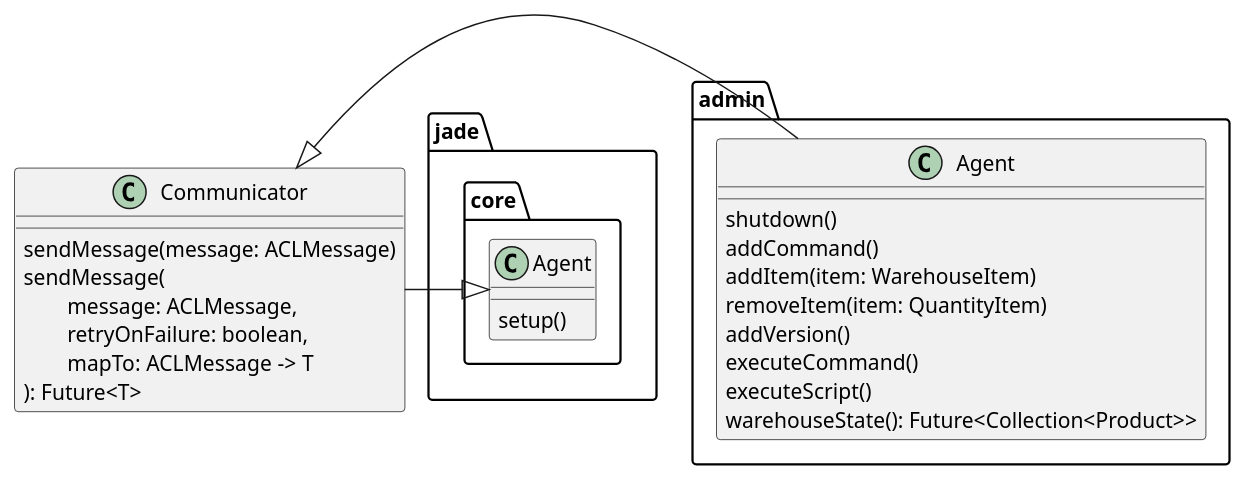
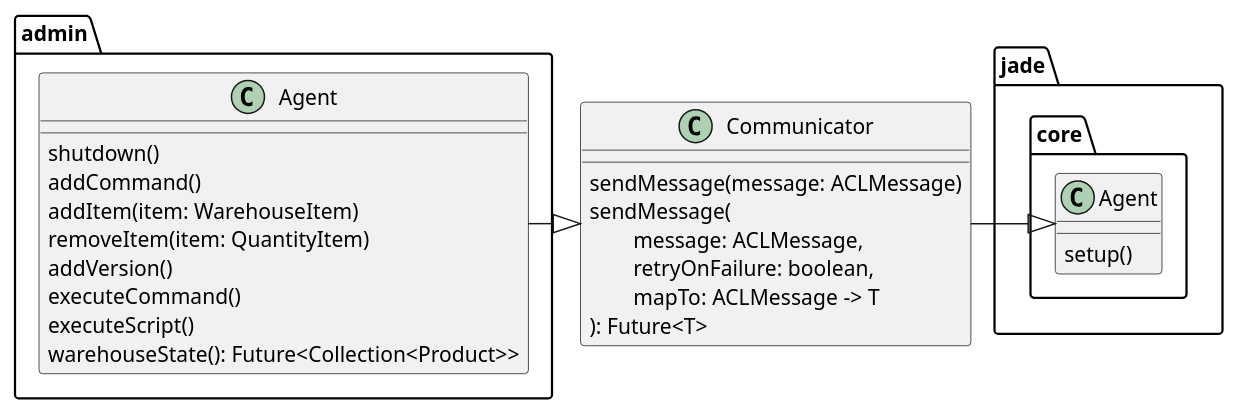
Before and after one commit to Mandrab/AMW: the diagram in res/report/section/design/figure/admin_agent/class_diagram.plantuml, drawn with PlantUML. The commit also changed 1 other file, not shown here.

Commit message:
style changes in diagrams

```diff
--- a/res/report/section/design/figure/admin_agent/class_diagram.plantuml
+++ b/res/report/section/design/figure/admin_agent/class_diagram.plantuml
@@ -1,26 +1,26 @@
 @startuml class_diagram
 class Communicator {
     {method} sendMessage(message: ACLMessage)
     {method} sendMessage(\n\
         message: ACLMessage,\n\
         retryOnFailure: boolean,\n\
         mapTo: ACLMessage -> T
     ): Future<T>
 }
 class jade.core.Agent {
     {method} setup()
 }
 class admin.Agent {
     {method} shutdown()
     {method} addCommand()
     {method} addItem(item: WarehouseItem)
     {method} removeItem(item: QuantityItem) 
     {method} addVersion()
     {method} executeCommand()
     {method} executeScript()
     {method} warehouseState(): Future<Collection<Product>>
 }
 
+admin.Agent     -|> Communicator
 Communicator    -|> jade.core.Agent
-admin.Agent      -|> Communicator
 @enduml
```
